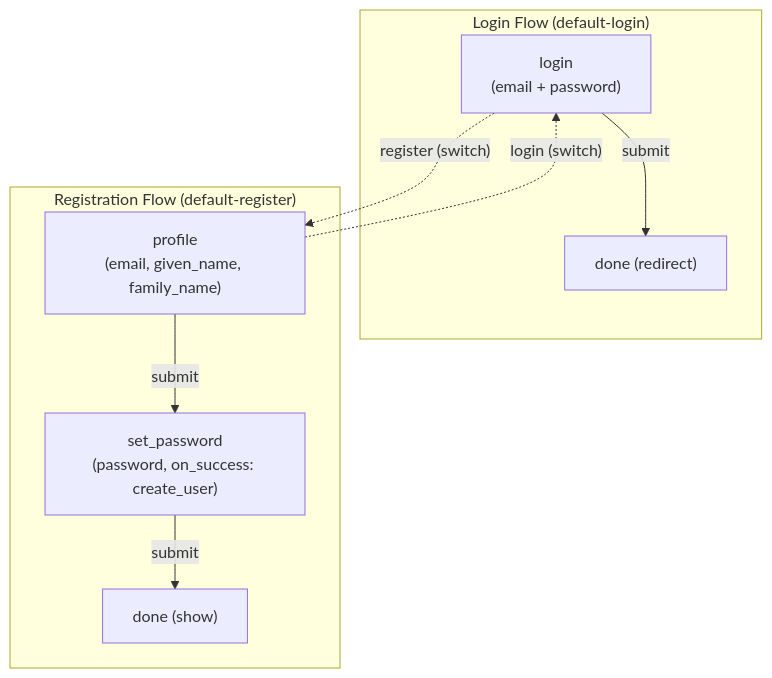
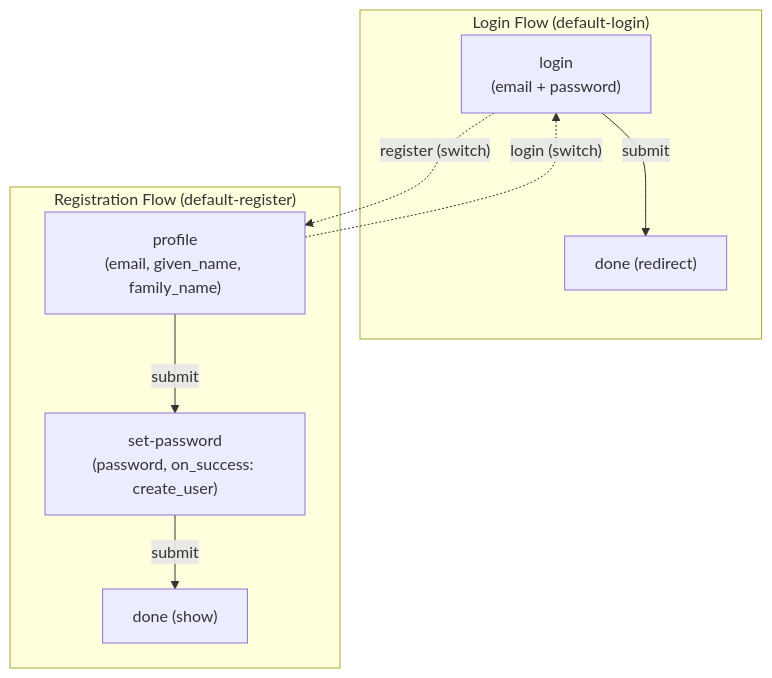
Before and after one commit to zitadel/nextgen: the ninth of 9 diagrams in docs/design/flowengine/flow-engine-guide.md, drawn with Mermaid. The commit also changed other lines of this file and 2 other files, not shown here.

````diff
--- a/docs/design/flowengine/flow-engine-guide.md
+++ b/docs/design/flowengine/flow-engine-guide.md
@@ -602,21 +619,21 @@
 ```mermaid
 graph TD
     subgraph "Login Flow (default-login)"
         login["login<br>(email + password)"]
         login_done["done (redirect)"]
 
         login -->|submit| login_done
     end
 
     subgraph "Registration Flow (default-register)"
         profile["profile<br>(email, given_name, family_name)"]
-        set_pwd["set_password<br>(password, on_success: create_user)"]
+        set_pwd["set-password<br>(password, on_success: create_user)"]
         reg_done["done (show)"]
 
         profile -->|submit| set_pwd
         set_pwd -->|submit| reg_done
     end
 
     login -.->|"register (switch)"| profile
     profile -.->|"login (switch)"| login
 ```
````
